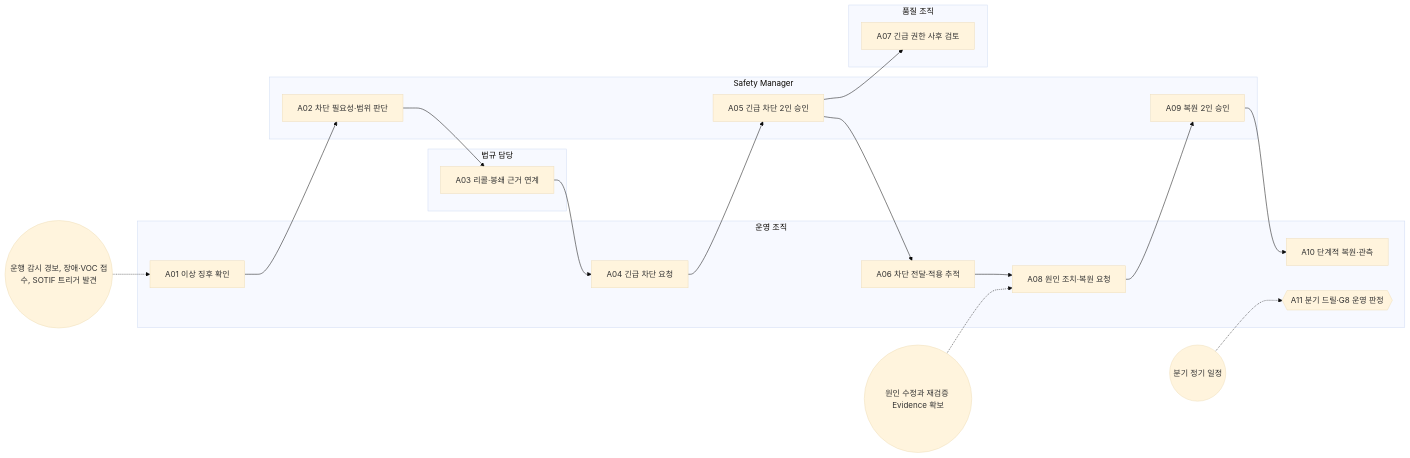
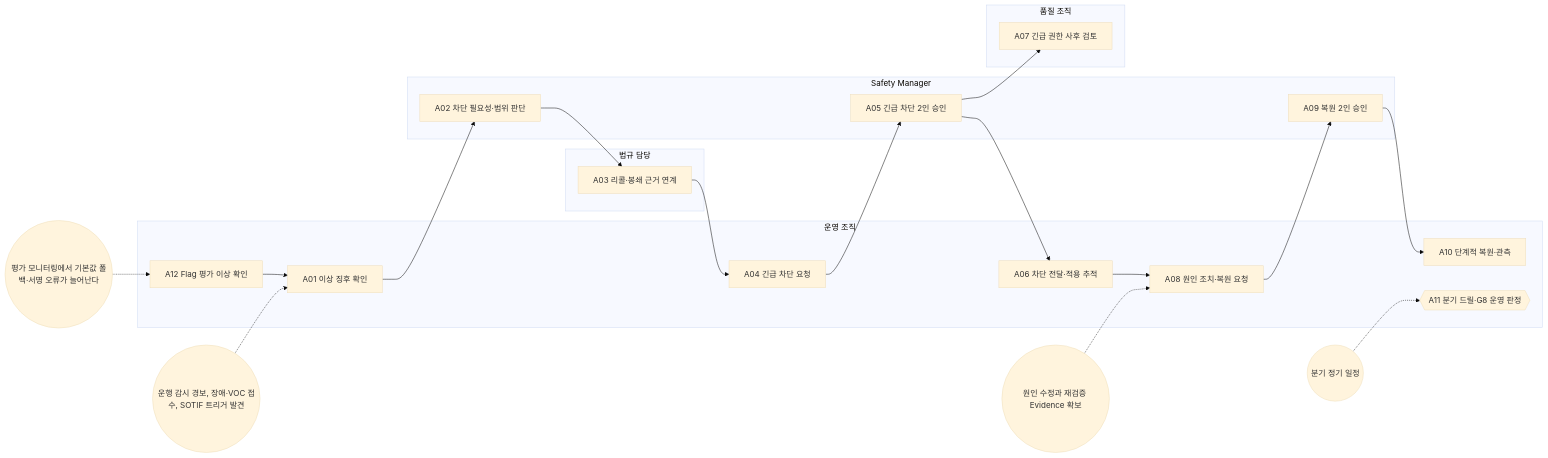
Before and after one commit to mutuuslab/feature-topology-platform: the diagram in docs/65-workflows/out/processes/FPW.8.md, drawn with Mermaid (base theme). The commit also changed other lines of this file and 125 other files, not shown here.

````diff
--- a/docs/65-workflows/out/processes/FPW.8.md
+++ b/docs/65-workflows/out/processes/FPW.8.md
@@ -24,34 +24,37 @@
 ```mermaid
 flowchart LR
   subgraph R_OPS["운영 조직"]
+    FPW_8_A12["A12 Flag 평가 이상 확인"]
     FPW_8_A01["A01 이상 징후 확인"]
     FPW_8_A04["A04 긴급 차단 요청"]
     FPW_8_A06["A06 차단 전달·적용 추적"]
     FPW_8_A08["A08 원인 조치·복원 요청"]
     FPW_8_A10["A10 단계적 복원·관측"]
     FPW_8_A11{{"A11 분기 드릴·G8 운영 판정"}}
   end
   subgraph R_SM["Safety Manager"]
     FPW_8_A02["A02 차단 필요성·범위 판단"]
     FPW_8_A05["A05 긴급 차단 2인 승인"]
     FPW_8_A09["A09 복원 2인 승인"]
   end
   subgraph R_REG["법규 담당"]
     FPW_8_A03["A03 리콜·봉쇄 근거 연계"]
   end
   subgraph R_QA["품질 조직"]
     FPW_8_A07["A07 긴급 권한 사후 검토"]
   end
+  T_FPW_8_A12(("평가 모니터링에서 기본값 폴백·서명 오류가 늘어난다")) -.-> FPW_8_A12
+  FPW_8_A12 --> FPW_8_A01
   T_FPW_8_A01(("운행 감시 경보, 장애·VOC 접수, SOTIF 트리거 발견")) -.-> FPW_8_A01
   FPW_8_A01 --> FPW_8_A02
   FPW_8_A02 --> FPW_8_A03
   FPW_8_A03 --> FPW_8_A04
   FPW_8_A04 --> FPW_8_A05
   FPW_8_A05 --> FPW_8_A06
   FPW_8_A05 --> FPW_8_A07
   FPW_8_A06 --> FPW_8_A08
   T_FPW_8_A08(("원인 수정과 재검증 Evidence 확보")) -.-> FPW_8_A08
   FPW_8_A08 --> FPW_8_A09
   FPW_8_A09 --> FPW_8_A10
   T_FPW_8_A11(("분기 정기 일정")) -.-> FPW_8_A11
 ```
````
